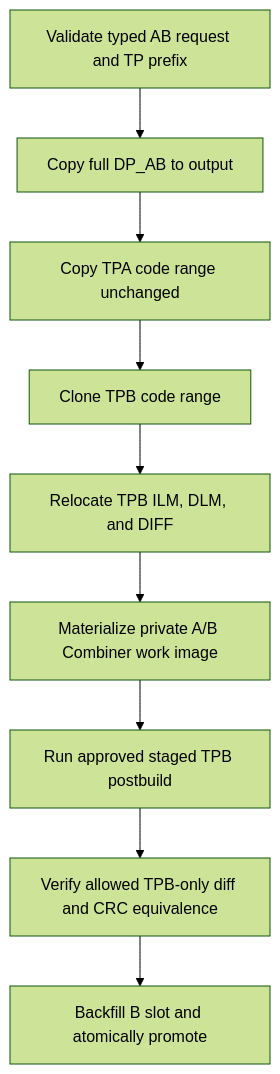
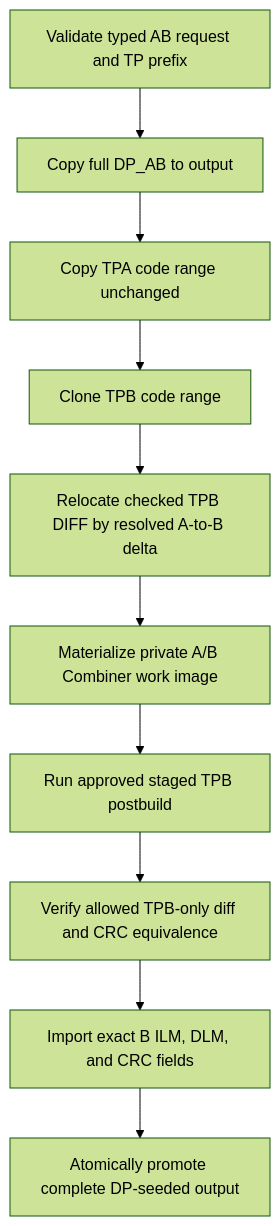
Before and after one commit to Dennis40816/nvt_fw_combiner: the diagram in docs/architecture/nt51950-nt51951-ab-code-contract.md, drawn with Mermaid (forest theme). The commit also changed other lines of this file and 29 other files, not shown here.

````diff
--- a/docs/architecture/nt51950-nt51951-ab-code-contract.md
+++ b/docs/architecture/nt51950-nt51951-ab-code-contract.md
@@ -115,11 +115,12 @@
 ```mermaid
 flowchart TD
     A["Validate typed AB request and TP prefix"] --> B["Copy full DP_AB to output"]
     B --> C["Copy TPA code range unchanged"]
     C --> D["Clone TPB code range"]
-    D --> E["Relocate TPB ILM, DLM, and DIFF"]
+    D --> E["Relocate checked TPB DIFF by resolved A-to-B delta"]
     E --> F["Materialize private A/B Combiner work image"]
     F --> G["Run approved staged TPB postbuild"]
     G --> H["Verify allowed TPB-only diff and CRC equivalence"]
-    H --> I["Backfill B slot and atomically promote"]
+    H --> I["Import exact B ILM, DLM, and CRC fields"]
+    I --> J["Atomically promote complete DP-seeded output"]
 ```
````
